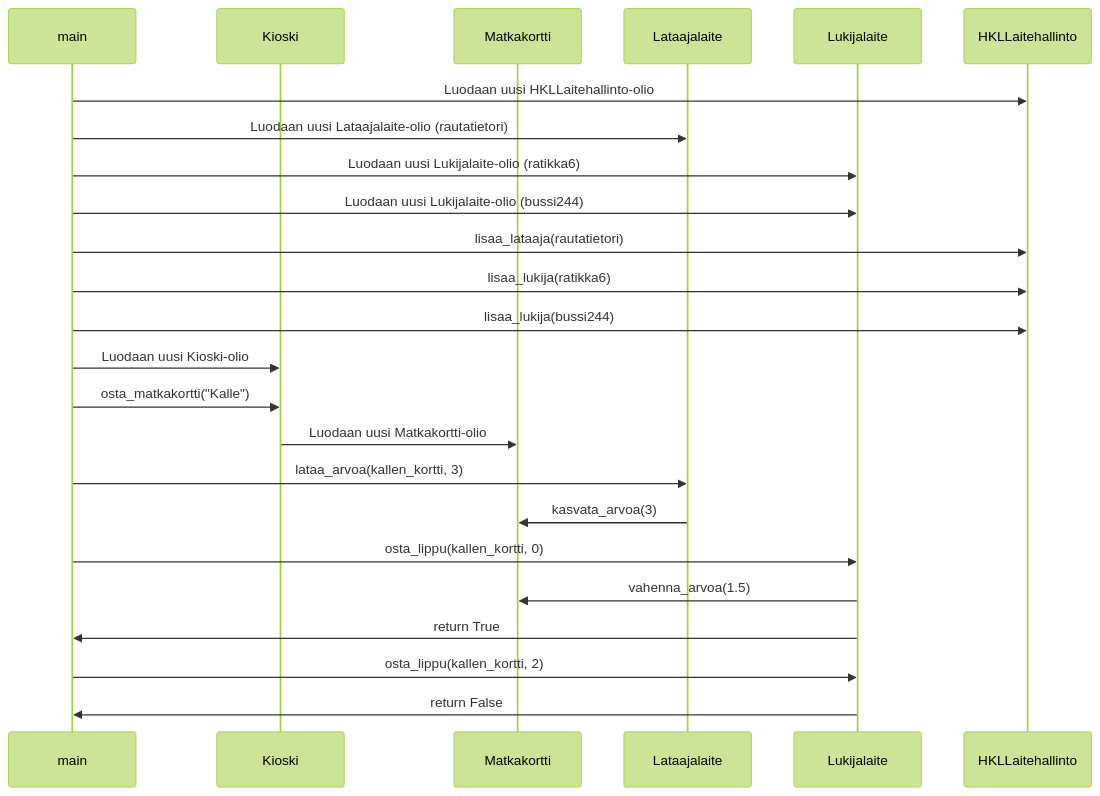
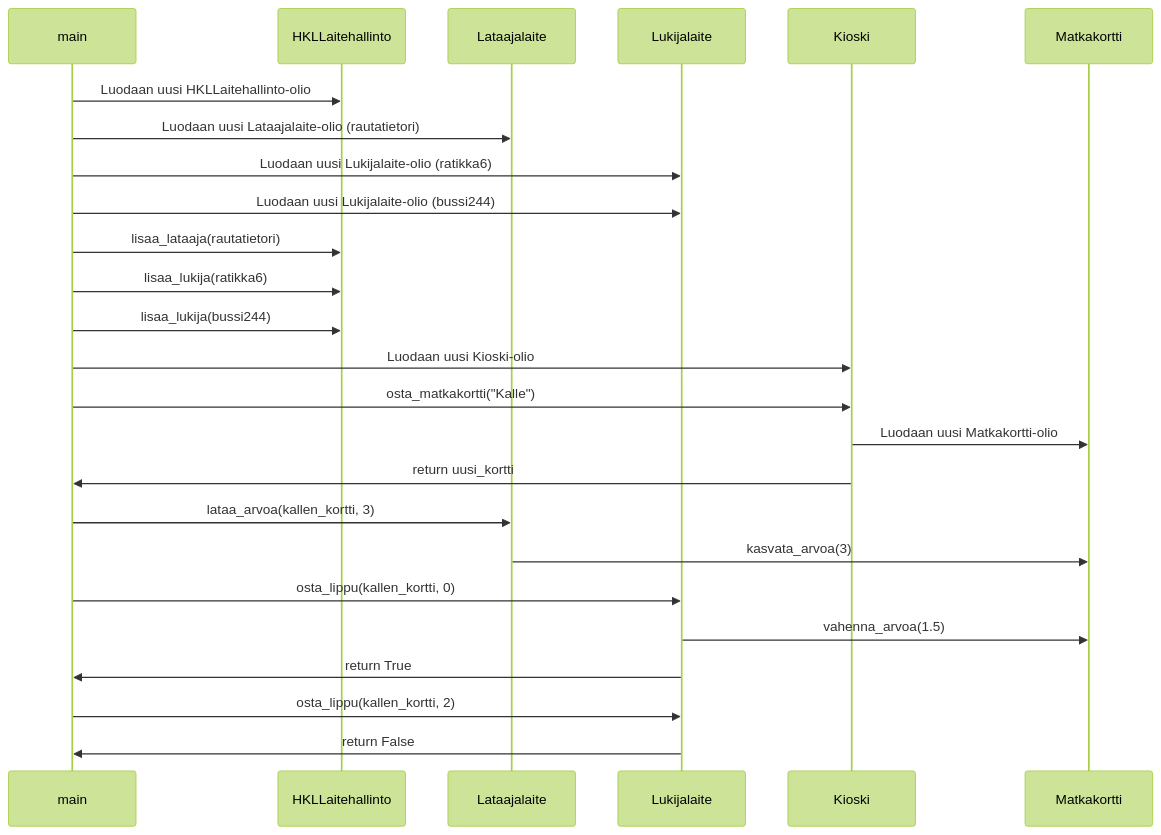
Before and after one commit to SaijaGit/ot-harjoitustyo: the diagram in laskarit/viikko3/laajempi_sekvenssikaavio.md, drawn with Mermaid (forest theme). The commit also changed other lines of this file, not shown here.

Commit message:
Updated v3 t4 Laajempi sekvenssikaavio

````diff
--- a/laskarit/viikko3/laajempi_sekvenssikaavio.md
+++ b/laskarit/viikko3/laajempi_sekvenssikaavio.md
@@ -12,30 +13,35 @@
 ```mermaid
 sequenceDiagram
     participant main
-    participant Kioski
-    participant Matkakortti
+    
+    participant HKLLaitehallinto
     participant Lataajalaite
     participant Lukijalaite
-    participant HKLLaitehallinto
+
 
     main ->> HKLLaitehallinto: Luodaan uusi HKLLaitehallinto-olio
     main ->> Lataajalaite: Luodaan uusi Lataajalaite-olio (rautatietori)
     main ->> Lukijalaite: Luodaan uusi Lukijalaite-olio (ratikka6)
     main ->> Lukijalaite: Luodaan uusi Lukijalaite-olio (bussi244)
     main ->> HKLLaitehallinto: lisaa_lataaja(rautatietori)
     main ->> HKLLaitehallinto: lisaa_lukija(ratikka6)
     main ->> HKLLaitehallinto: lisaa_lukija(bussi244)
-
+    
+    participant Kioski
+    participant Matkakortti
+    
     main ->> Kioski: Luodaan uusi Kioski-olio
     main ->> Kioski: osta_matkakortti("Kalle")
     Kioski ->> Matkakortti: Luodaan uusi Matkakortti-olio
+    Kioski ->> main: return uusi_kortti
+    
     main ->> Lataajalaite: lataa_arvoa(kallen_kortti, 3)
     Lataajalaite ->> Matkakortti: kasvata_arvoa(3)
 
     main ->> Lukijalaite: osta_lippu(kallen_kortti, 0)
     Lukijalaite ->> Matkakortti: vahenna_arvoa(1.5)
     Lukijalaite ->> main: return True
     main ->> Lukijalaite: osta_lippu(kallen_kortti, 2)
     Lukijalaite ->> main: return False
 
 ```
````
